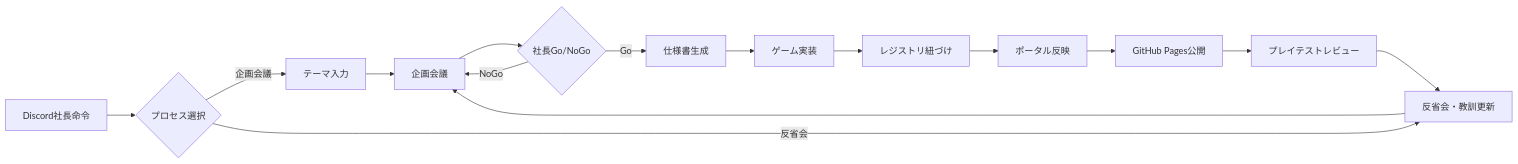
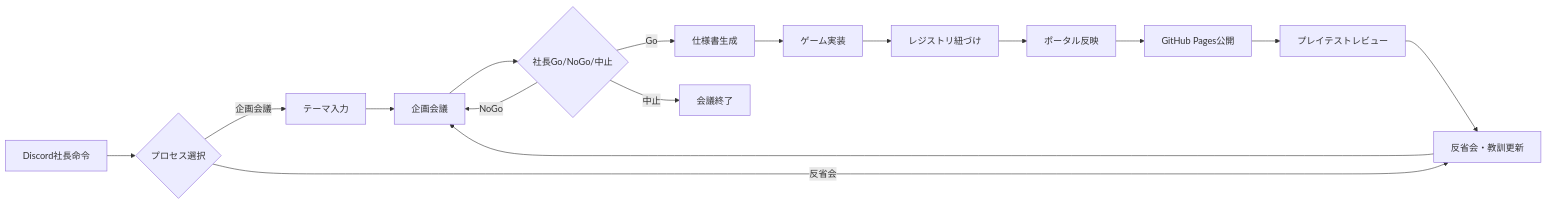
The diagram in kotatsu-soft/GAME_DEV_PROCESS.md (kotatsusoftdev/kotatsu-soft-app), drawn with Mermaid before and after one commit. The commit also changed other lines of this file and 15 other files, not shown here.

````diff
--- a/kotatsu-soft/GAME_DEV_PROCESS.md
+++ b/kotatsu-soft/GAME_DEV_PROCESS.md
@@ -50,17 +50,18 @@
 ```mermaid
 flowchart LR
   order[Discord社長命令] --> choose{プロセス選択}
   choose -->|企画会議| themeModal[テーマ入力]
   themeModal --> meeting[企画会議]
-  meeting --> goNoGo{社長Go/NoGo}
+  meeting --> goNoGo{社長Go/NoGo/中止}
   goNoGo -->|NoGo| meeting
   goNoGo -->|Go| spec[仕様書生成]
+  goNoGo -->|中止| abortEnd[会議終了]
   spec --> impl[ゲーム実装]
   impl --> link[レジストリ紐づけ]
   link --> portal[ポータル反映]
   portal --> pages[GitHub Pages公開]
   pages --> review[プレイテストレビュー]
   review --> postMortem[反省会・教訓更新]
   choose -->|反省会| postMortem
   postMortem --> meeting
 ```
````
